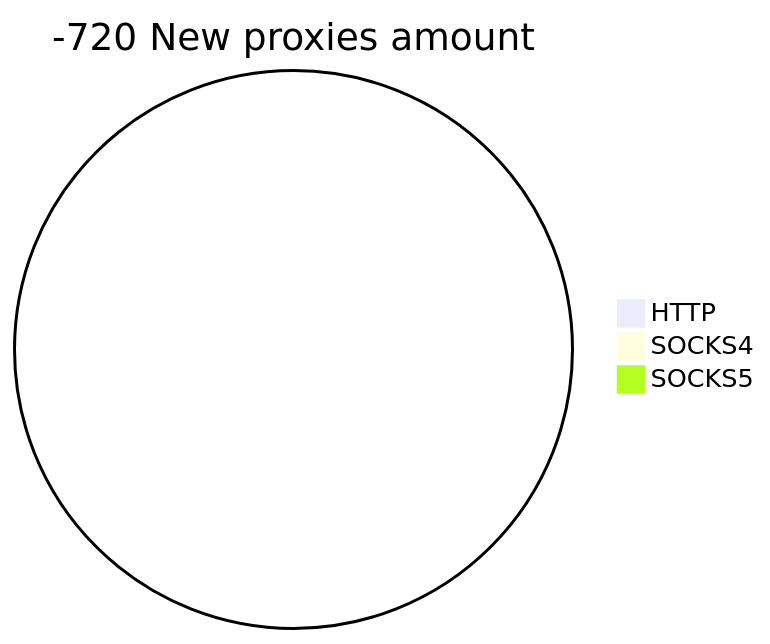
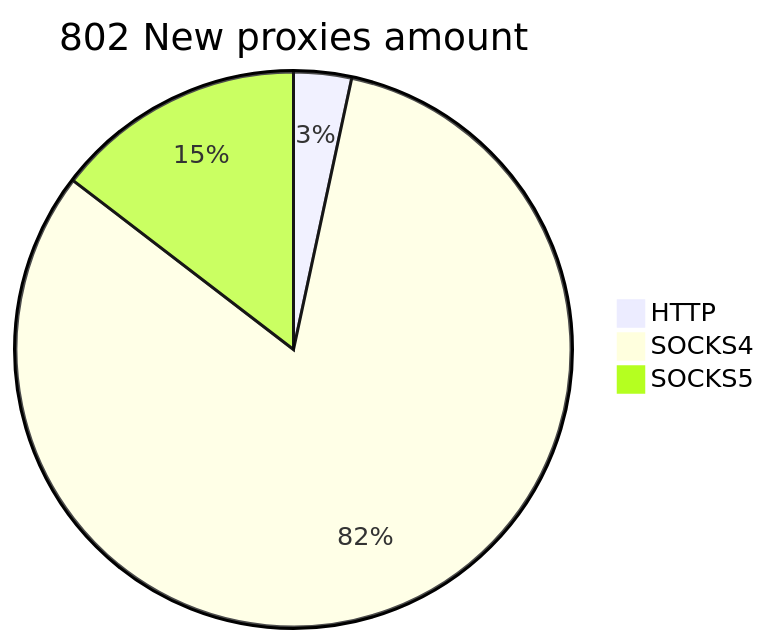
Before and after one commit to cutipu/proxylist: the second of 2 diagrams in README.md, drawn with Mermaid. The commit also changed other lines of this file, not shown here.

````diff
--- a/README.md
+++ b/README.md
@@ -10,6 +10,6 @@
 ```mermaid
-pie title -720 New proxies amount
-    "HTTP" : 0
-    "SOCKS4" : 0
-    "SOCKS5" : 0
+pie title 802 New proxies amount
+    "HTTP" : 27
+    "SOCKS4" : 658
+    "SOCKS5" : 117
 ```
````
